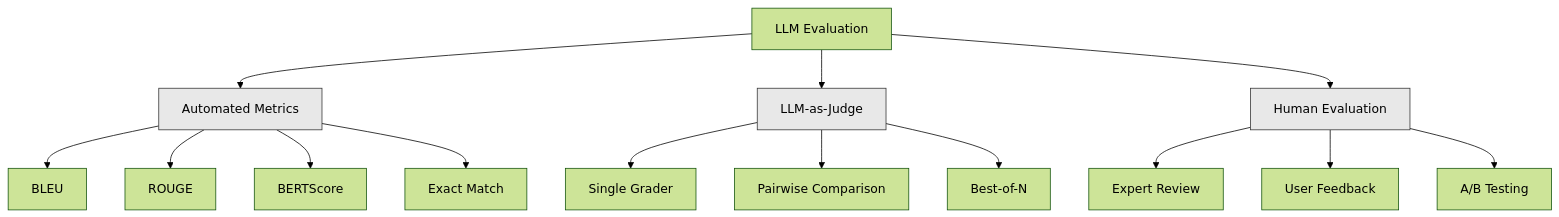
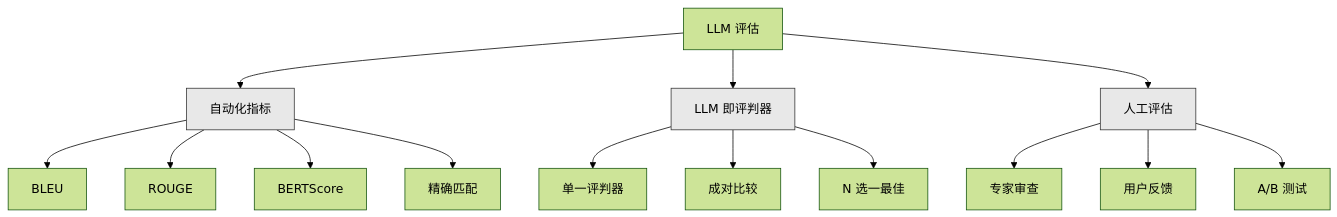
One commit to guangningsun/ailearning changed the first of 2 diagrams in lessons/11-llm-engineering/10-evaluation/docs/zh.md. Above: the diagram before and after it, drawn with Mermaid (forest theme). The commit also changed other lines of this file and 17 other files, not shown here.

````diff
--- a/lessons/11-llm-engineering/10-evaluation/docs/zh.md
+++ b/lessons/11-llm-engineering/10-evaluation/docs/zh.md
@@ -36,23 +36,23 @@
 ```mermaid
 graph TD
-    E[LLM Evaluation] --> A[Automated Metrics]
-    E --> L[LLM-as-Judge]
-    E --> H[Human Evaluation]
+    E[LLM 评估] --> A[自动化指标]
+    E --> L[LLM 即评判器]
+    E --> H[人工评估]
 
     A --> A1[BLEU]
     A --> A2[ROUGE]
     A --> A3[BERTScore]
-    A --> A4[Exact Match]
+    A --> A4[精确匹配]
 
-    L --> L1[Single Grader]
-    L --> L2[Pairwise Comparison]
-    L --> L3[Best-of-N]
+    L --> L1[单一评判器]
+    L --> L2[成对比较]
+    L --> L3[N 选一最佳]
 
-    H --> H1[Expert Review]
-    H --> H2[User Feedback]
-    H --> H3[A/B Testing]
+    H --> H1[专家审查]
+    H --> H2[用户反馈]
+    H --> H3[A/B 测试]
 
     style A fill:#e8e8e8,stroke:#333
     style L fill:#e8e8e8,stroke:#333
     style H fill:#e8e8e8,stroke:#333
 ```
````
